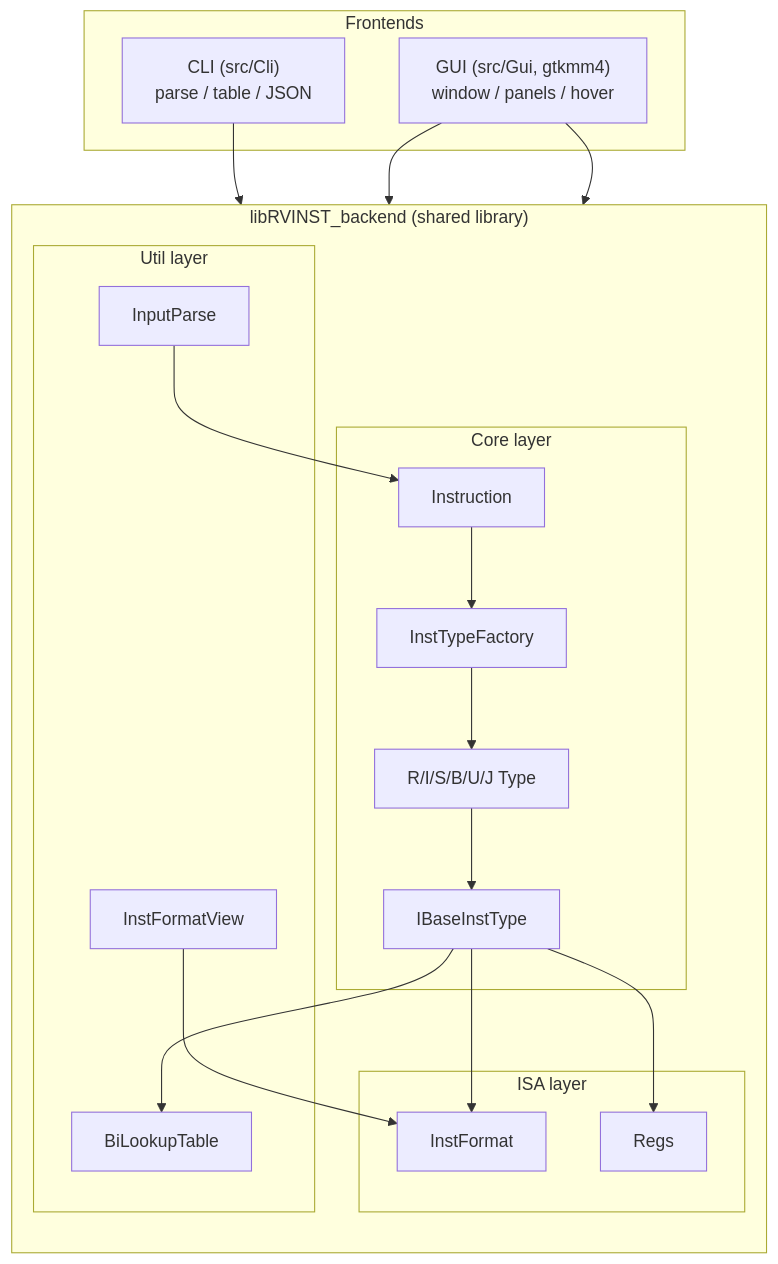
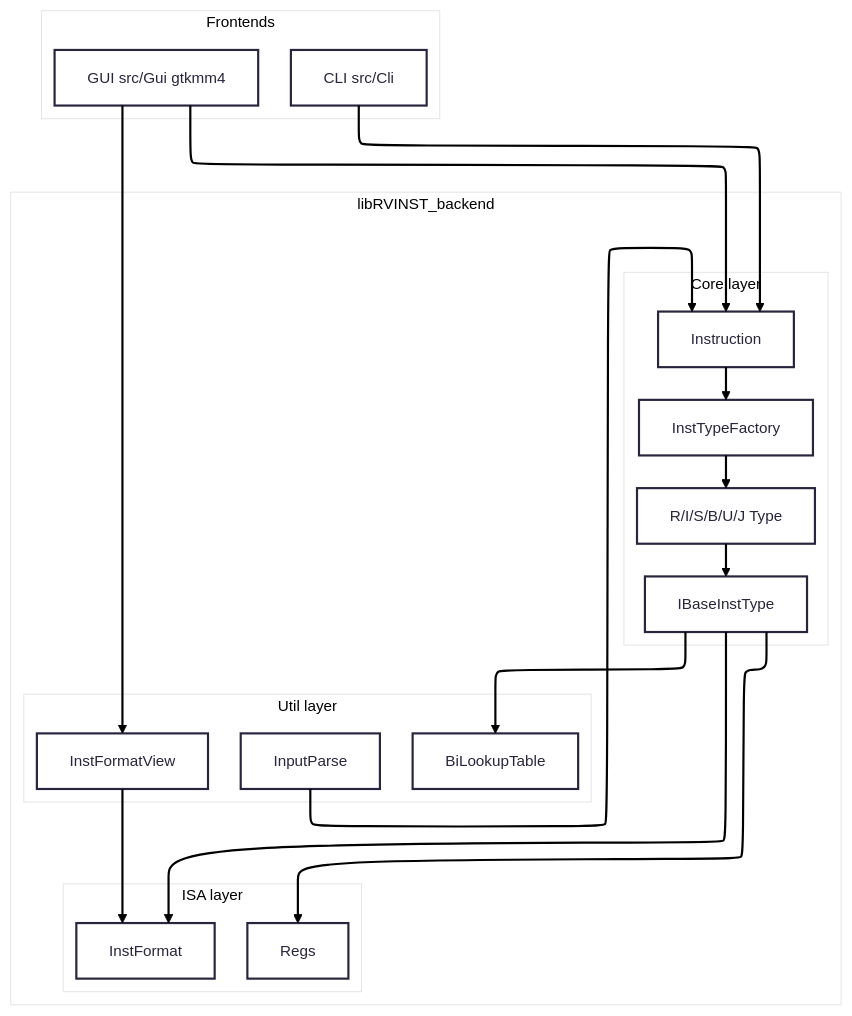
Before and after one commit to BaiLei27/RVINST: the diagram in README.md, drawn with Mermaid. The commit also changed other lines of this file and 4 other files, not shown here.

First line of the commit message:
<docs>(docs): add the interactive architecture diagram and refresh README

````diff
--- a/README.md
+++ b/README.md
@@ -140,42 +140,40 @@
 ```mermaid
+---
+config:
+  layout: elk
+  theme: redux-color
+---
 flowchart TB
-    subgraph Frontends["Frontends"]
-        CLI["CLI (src/Cli)<br/>parse / table / JSON"]
-        GUI["GUI (src/Gui, gtkmm4)<br/>window / panels / hover"]
-    end
-
-    subgraph Lib["libRVINST_backend (shared library)"]
-        direction TB
-
-        subgraph Core["Core layer"]
-            Inst["Instruction"]
-            Base["IBaseInstType"]
-            Impl["R/I/S/B/U/J Type"]
-            Factory["InstTypeFactory"]
-        end
-
-        subgraph ISA["ISA layer"]
-            Fmt["InstFormat"]
-            Regs["Regs"]
-        end
-
-        subgraph Util["Util layer"]
-            Parse["InputParse"]
-            Table["BiLookupTable"]
-            View["InstFormatView"]
-        end
-
-        Inst --> Factory
-        Factory --> Impl
-        Impl --> Base
-        Base --> Fmt
-        Base --> Table
-        Base --> Regs
-        View --> Fmt
-    end
-
+ subgraph Frontends["Frontends"]
+        CLI["CLI src/Cli"]
+        GUI["GUI src/Gui gtkmm4"]
+  end
+ subgraph Core["Core layer"]
+        Inst["Instruction"]
+        Base["IBaseInstType"]
+        Impl["R/I/S/B/U/J Type"]
+        Factory["InstTypeFactory"]
+  end
+ subgraph ISA["ISA layer"]
+        Fmt["InstFormat"]
+        Regs["Regs"]
+  end
+ subgraph Util["Util layer"]
+        Parse["InputParse"]
+        Table["BiLookupTable"]
+        View["InstFormatView"]
+  end
+ subgraph Lib["libRVINST_backend"]
+        Core
+        ISA
+        Util
+  end
+    Inst --> Factory
+    Factory --> Impl
+    Impl --> Base
+    Base --> Fmt & Table & Regs
+    View --> Fmt
     CLI --> Inst
-    GUI --> Inst
-    GUI --> View
+    GUI --> Inst & View
     Parse --> Inst
 ```
````
